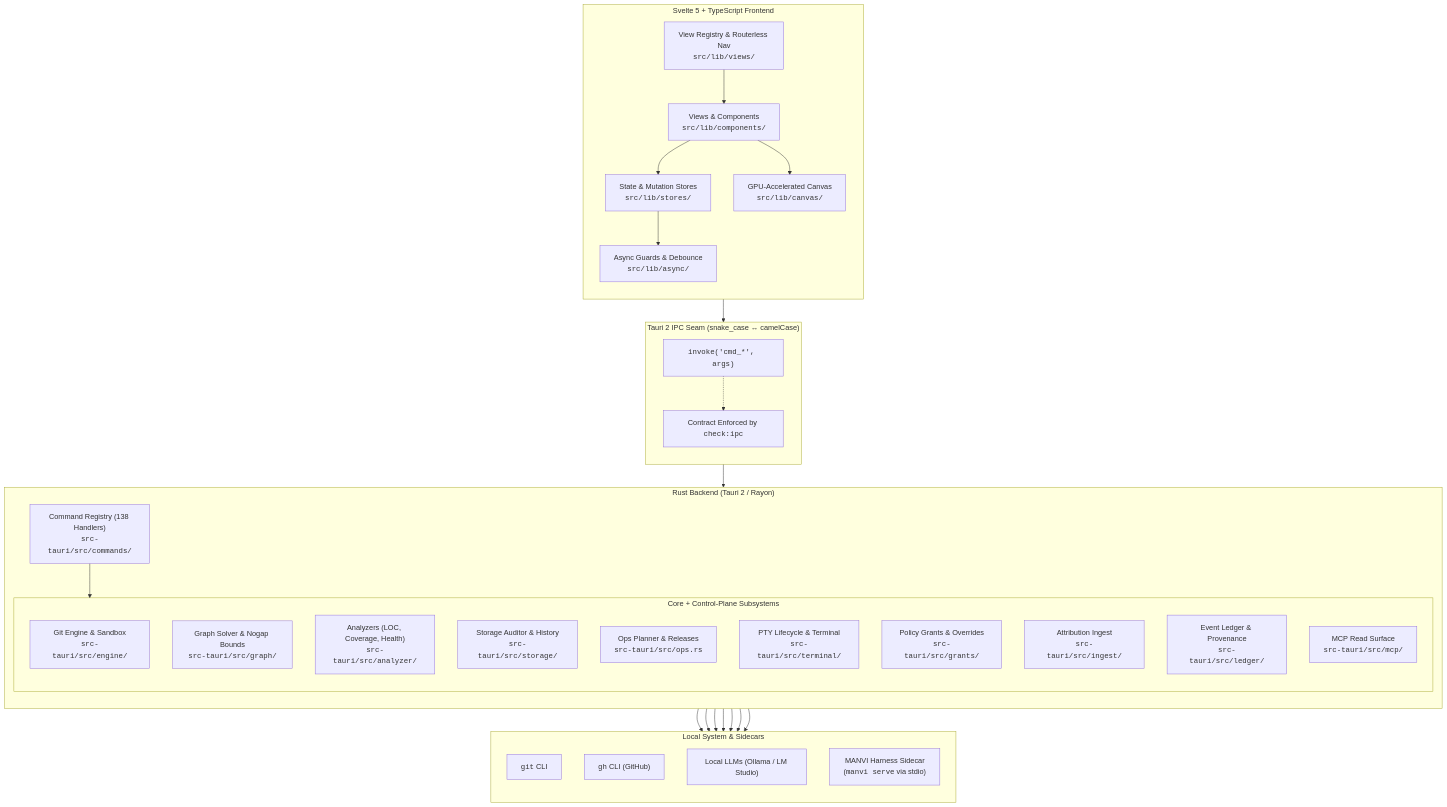
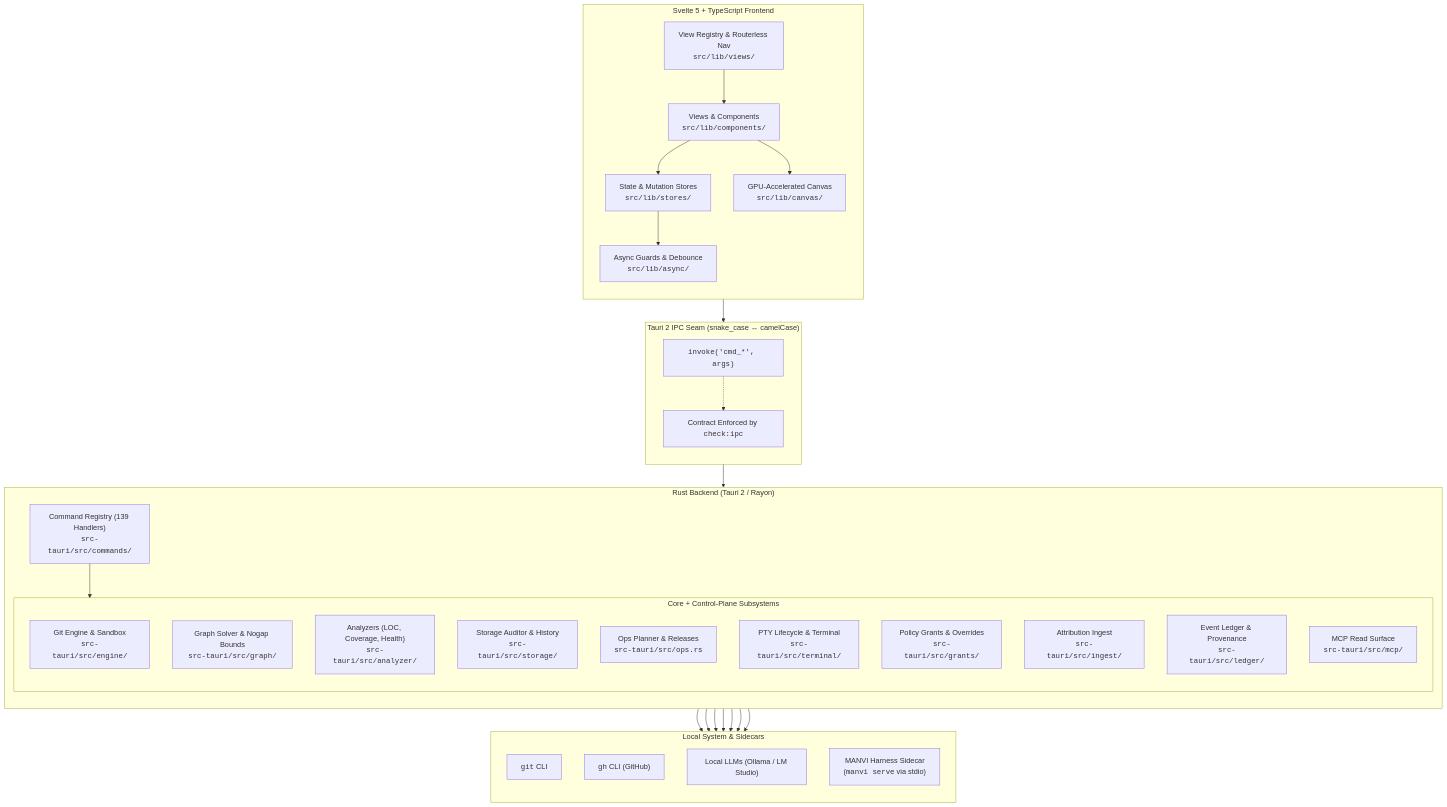
The first of 4 diagrams in docs/ARCHITECTURE.md (bharathvbcr/GitPulse), drawn with Mermaid before and after one commit. The commit also changed other lines of this file and 32 other files, not shown here.

````diff
--- a/docs/ARCHITECTURE.md
+++ b/docs/ARCHITECTURE.md
@@ -5,61 +5,61 @@
 ```mermaid
 flowchart TB
     subgraph Frontend["Svelte 5 + TypeScript Frontend"]
         direction TB
         UI["Views & Components<br/><code>src/lib/components/</code>"]
         Stores["State & Mutation Stores<br/><code>src/lib/stores/</code>"]
         Registry["View Registry & Routerless Nav<br/><code>src/lib/views/</code>"]
         Canvas["GPU-Accelerated Canvas<br/><code>src/lib/canvas/</code>"]
         Async["Async Guards & Debounce<br/><code>src/lib/async/</code>"]
         
         UI --> Stores
         UI --> Canvas
         Stores --> Async
         Registry --> UI
     end
 
     subgraph IPC["Tauri 2 IPC Seam (snake_case ↔ camelCase)"]
         direction TB
         Invoke["<code>invoke('cmd_*', args)</code>"]
         ContractCheck["Contract Enforced by <code>check:ipc</code>"]
         Invoke -.-> ContractCheck
     end
 
     subgraph Backend["Rust Backend (Tauri 2 / Rayon)"]
         direction TB
-        CmdRegistry["Command Registry (138 Handlers)<br/><code>src-tauri/src/commands/</code>"]
+        CmdRegistry["Command Registry (139 Handlers)<br/><code>src-tauri/src/commands/</code>"]
         
         subgraph Subsystems["Core + Control-Plane Subsystems"]
             GitEngine["Git Engine & Sandbox<br/><code>src-tauri/src/engine/</code>"]
             GraphSolver["Graph Solver & Nogap Bounds<br/><code>src-tauri/src/graph/</code>"]
             Analyzers["Analyzers (LOC, Coverage, Health)<br/><code>src-tauri/src/analyzer/</code>"]
             StorageAuditor["Storage Auditor & History<br/><code>src-tauri/src/storage/</code>"]
             OpsPlanner["Ops Planner & Releases<br/><code>src-tauri/src/ops.rs</code>"]
             PtyTerminal["PTY Lifecycle & Terminal<br/><code>src-tauri/src/terminal/</code>"]
             Grants["Policy Grants & Overrides<br/><code>src-tauri/src/grants/</code>"]
             Ingest["Attribution Ingest<br/><code>src-tauri/src/ingest/</code>"]
             Ledger["Event Ledger & Provenance<br/><code>src-tauri/src/ledger/</code>"]
             MCP["MCP Read Surface<br/><code>src-tauri/src/mcp/</code>"]
         end
         
         CmdRegistry --> Subsystems
     end
 
     subgraph External["Local System & Sidecars"]
         direction TB
         LocalGit["<code>git</code> CLI"]
         LocalGh["<code>gh</code> CLI (GitHub)"]
         LocalLLM["Local LLMs (Ollama / LM Studio)"]
         ManviSidecar["MANVI Harness Sidecar<br/>(<code>manvi serve</code> via stdio)"]
     end
 
     Async --> Invoke
     Invoke --> CmdRegistry
     GitEngine --> LocalGit
     Analyzers --> LocalGit
     Analyzers --> LocalGh
     Analyzers --> LocalLLM
     OpsPlanner --> LocalGh
     OpsPlanner --> ManviSidecar
     Subsystems --> ManviSidecar
 ```
````
